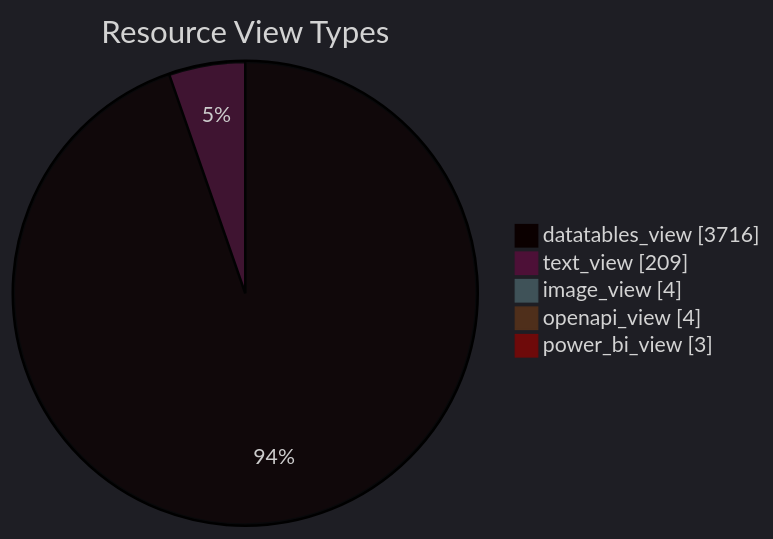
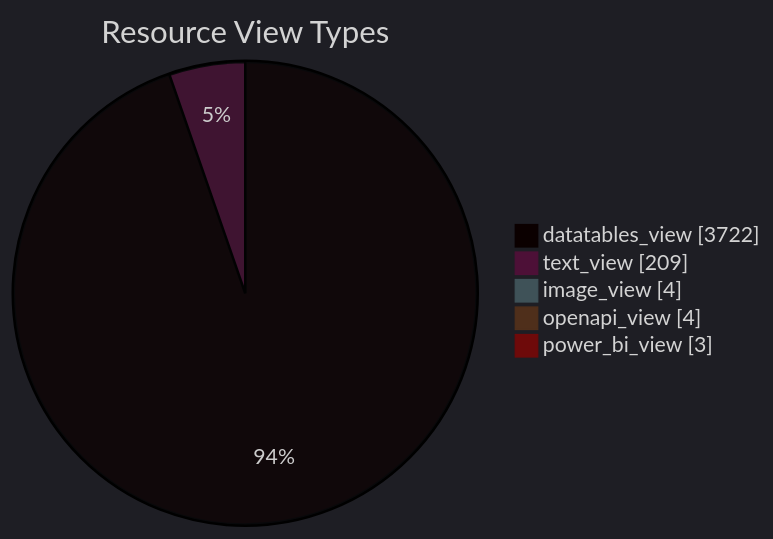
Before and after one commit to open-data/analytics-corporate-reporting: the diagram in datastore_tracker/resource_view_types_pie_chart.md, drawn with Mermaid. The commit also changed 9 other files, not shown here.

````diff
--- a/datastore_tracker/resource_view_types_pie_chart.md
+++ b/datastore_tracker/resource_view_types_pie_chart.md
@@ -2,12 +2,12 @@
 ```mermaid
 ---
 config:
   theme: dark
 ---
 pie showData title Resource View Types
-    "datatables_view": 3716
+    "datatables_view": 3722
     "text_view": 209
     "image_view": 4
     "openapi_view": 4
     "power_bi_view": 3
 ```
````
